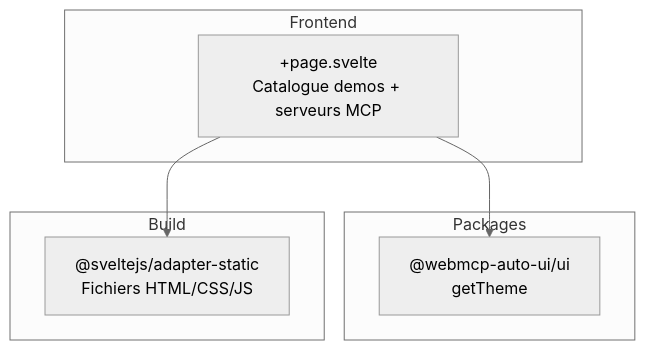
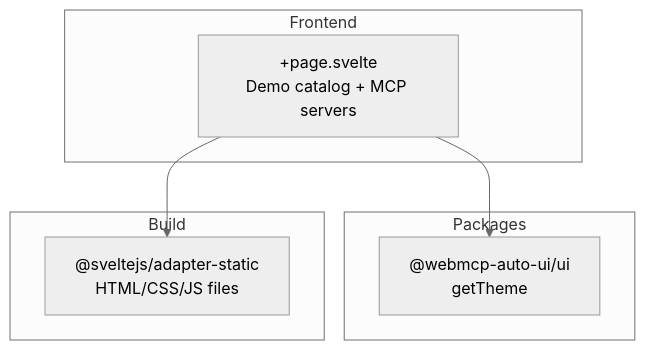
Before and after one commit to jeanbaptiste/webmcp-auto-ui: the diagram in docs/starlight/src/content/docs/apps/home.md, drawn with Mermaid (neutral theme). The commit also changed other lines of this file and 94 other files, not shown here.

````diff
--- a/docs/starlight/src/content/docs/apps/home.md
+++ b/docs/starlight/src/content/docs/apps/home.md
@@ -30,17 +30,17 @@
 ```mermaid
 graph TD
     subgraph Frontend
-        Page["+page.svelte<br/>Catalogue demos + serveurs MCP"]
+        Page["+page.svelte<br/>Demo catalog + MCP servers"]
     end
 
     subgraph Packages
         UI["@webmcp-auto-ui/ui<br/>getTheme"]
     end
 
     subgraph Build
-        Static["@sveltejs/adapter-static<br/>Fichiers HTML/CSS/JS"]
+        Static["@sveltejs/adapter-static<br/>HTML/CSS/JS files"]
     end
 
     Page --> UI
     Page --> Static
 ```
````
